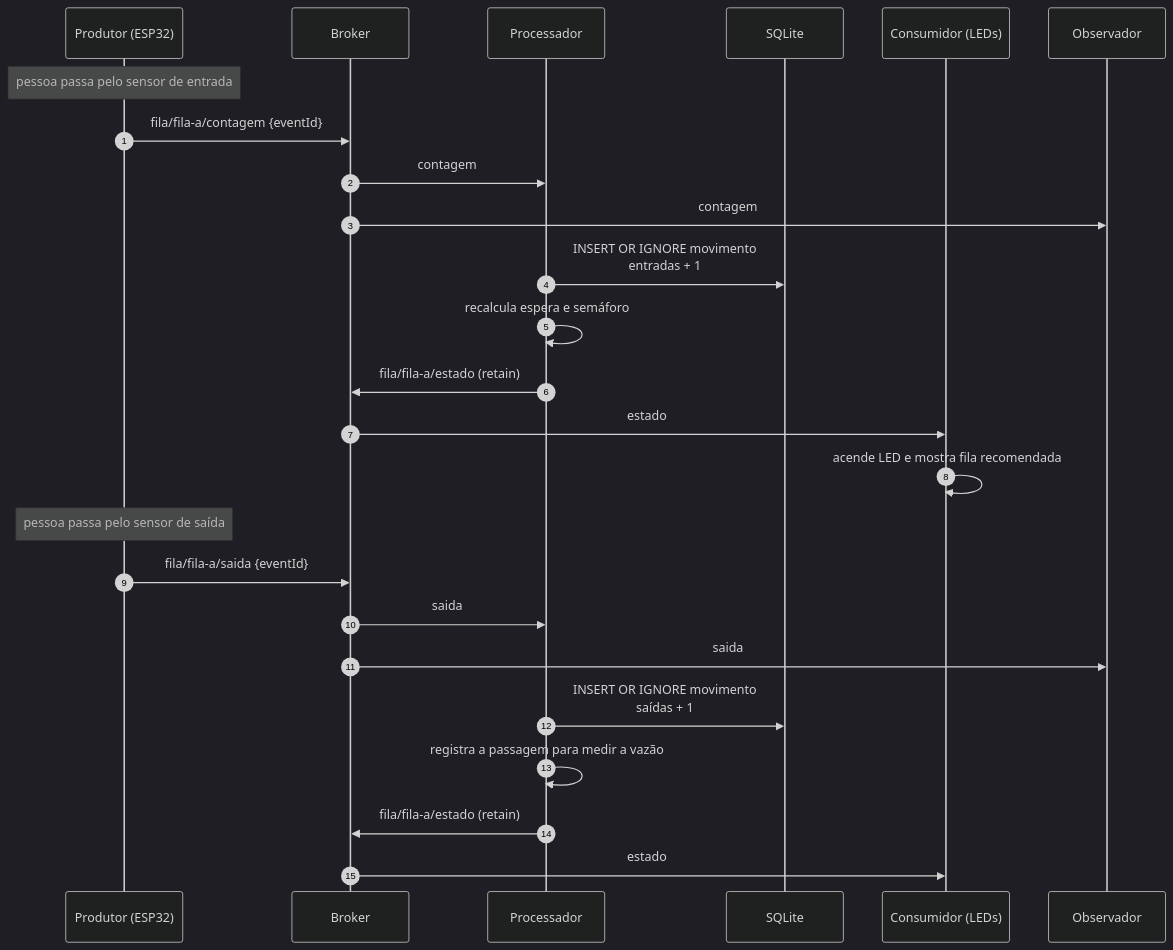
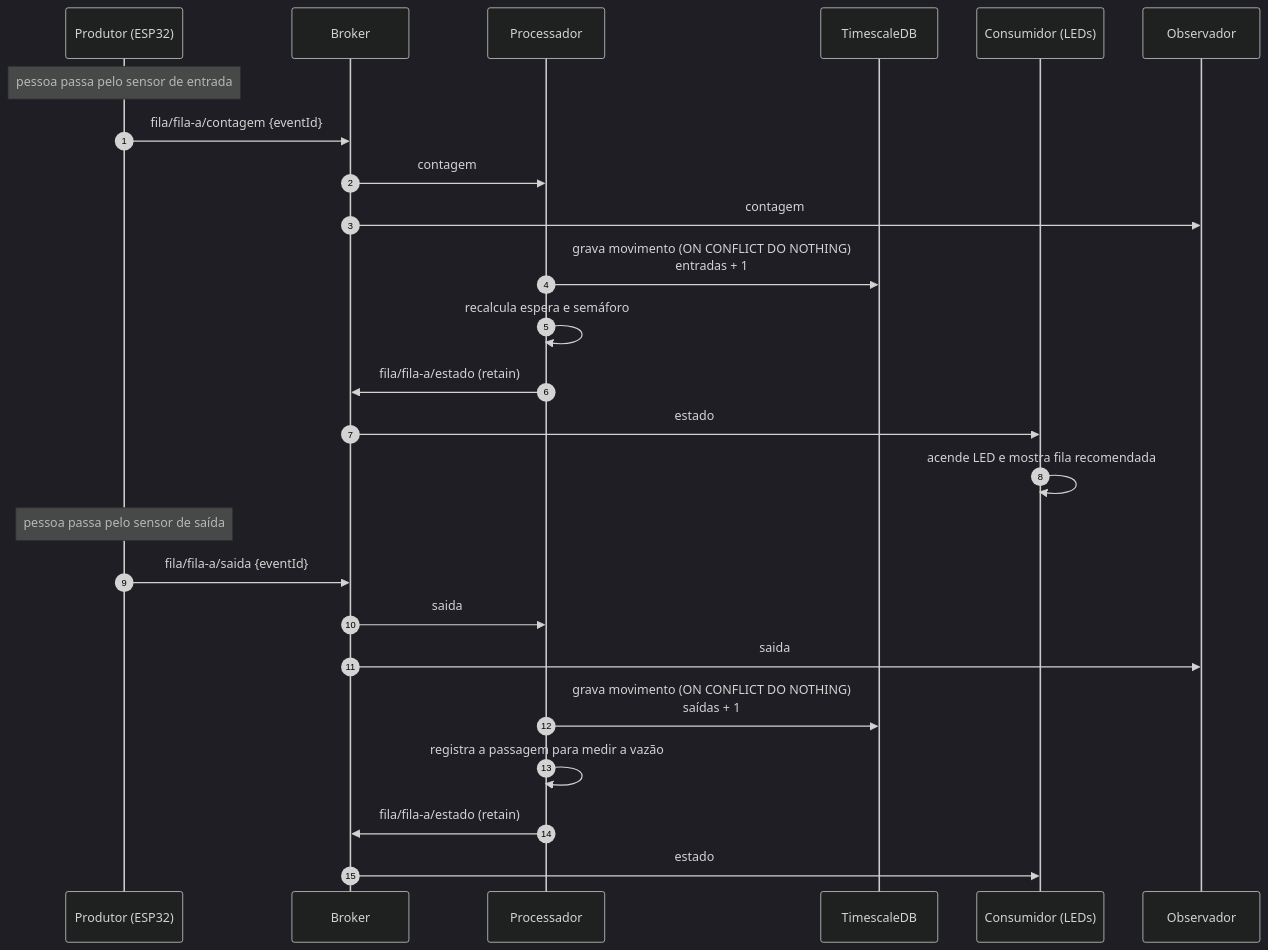
Before and after one commit to UFG-INF-SSU-2026/Leite-de-Pedra: the second of 8 diagrams in docs/ARQUITETURA.md, drawn with Mermaid (dark theme). The commit also changed other lines of this file and 2 other files, not shown here.

````diff
--- a/docs/ARQUITETURA.md
+++ b/docs/ARQUITETURA.md
@@ -88,29 +88,29 @@
 ```mermaid
 sequenceDiagram
     autonumber
     participant P as Produtor (ESP32)
     participant B as Broker
     participant C as Processador
-    participant DB as SQLite
+    participant DB as TimescaleDB
     participant S as Consumidor (LEDs)
     participant O as Observador
 
     Note over P: pessoa passa pelo sensor de entrada
     P->>B: fila/fila-a/contagem {eventId}
     B->>C: contagem
     B->>O: contagem
-    C->>DB: INSERT OR IGNORE movimento<br/>entradas + 1
+    C->>DB: grava movimento (ON CONFLICT DO NOTHING)<br/>entradas + 1
     C->>C: recalcula espera e semáforo
     C->>B: fila/fila-a/estado (retain)
     B->>S: estado
     S->>S: acende LED e mostra fila recomendada
 
     Note over P: pessoa passa pelo sensor de saída
     P->>B: fila/fila-a/saida {eventId}
     B->>C: saida
     B->>O: saida
-    C->>DB: INSERT OR IGNORE movimento<br/>saídas + 1
+    C->>DB: grava movimento (ON CONFLICT DO NOTHING)<br/>saídas + 1
     C->>C: registra a passagem para medir a vazão
     C->>B: fila/fila-a/estado (retain)
     B->>S: estado
 ```
````
